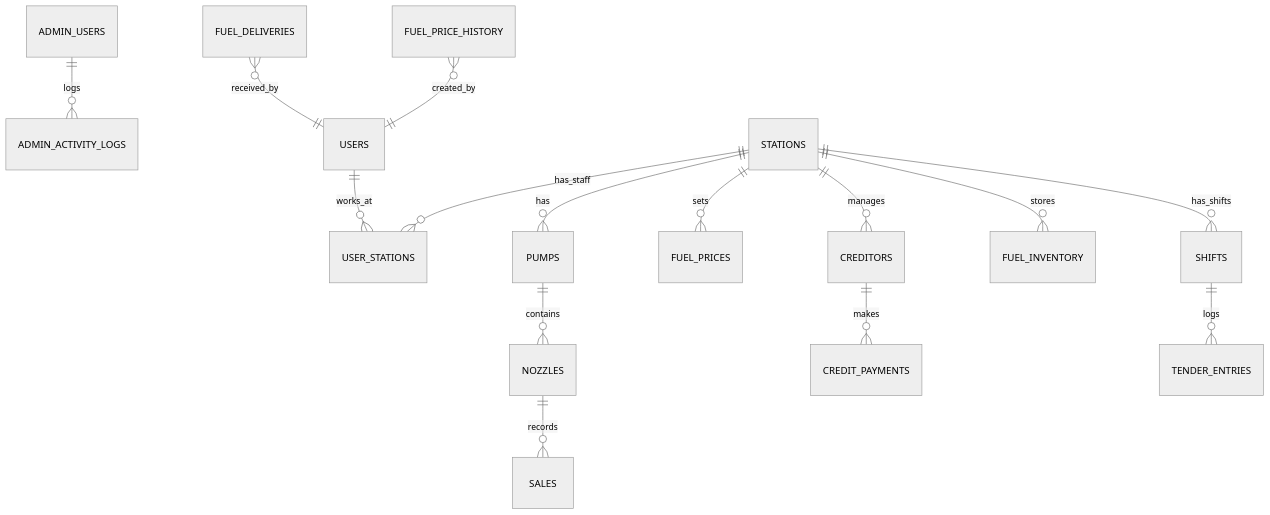
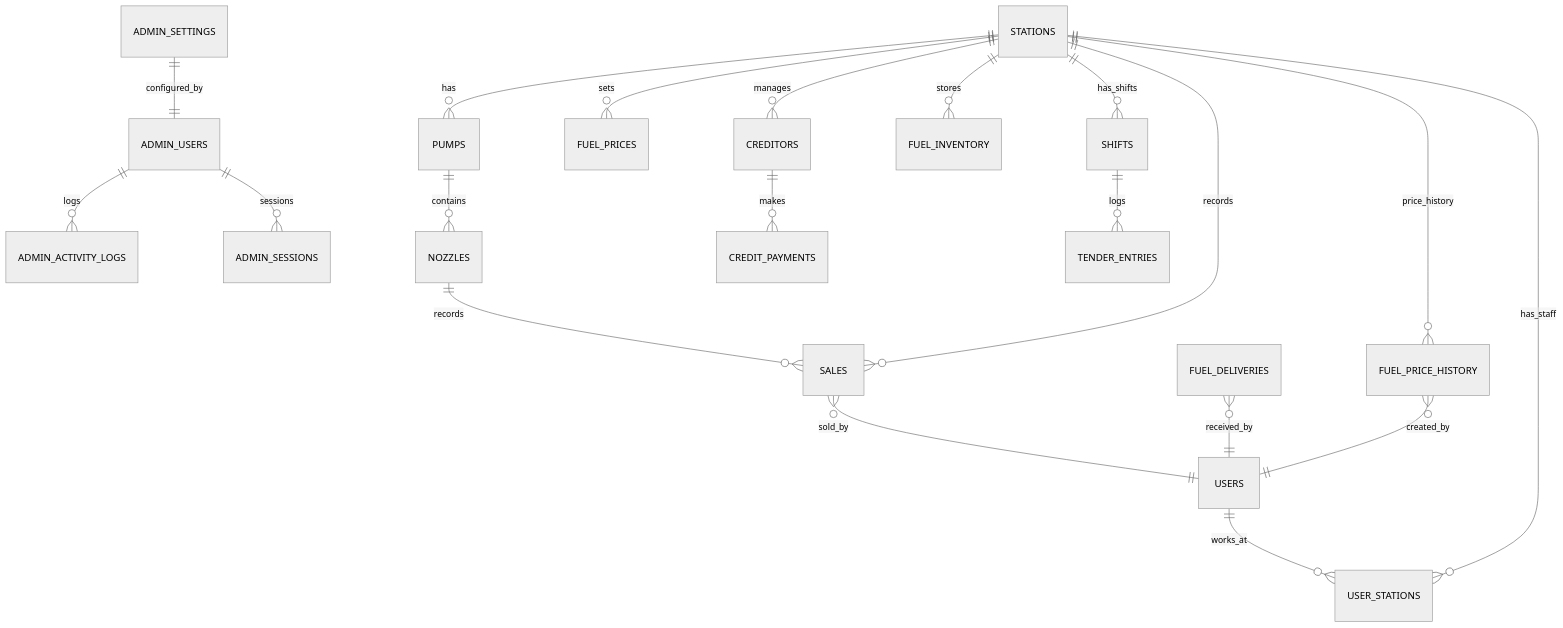
Before and after one commit to iamramakanthreddyk/fuelsync-hub: the diagram in docs/ERD.md, drawn with Mermaid (neutral theme). The commit also changed 6 other files, not shown here.

Commit message:
docs: sync api guide and schema refs

````diff
--- a/docs/ERD.md
+++ b/docs/ERD.md
@@ -1,17 +1,22 @@
 ```mermaid
 erDiagram
     ADMIN_USERS ||--o{ ADMIN_ACTIVITY_LOGS : "logs"
+    ADMIN_USERS ||--o{ ADMIN_SESSIONS : "sessions"
+    ADMIN_SETTINGS ||--|| ADMIN_USERS : "configured_by"
     USERS ||--o{ USER_STATIONS : "works_at"
     STATIONS ||--o{ USER_STATIONS : "has_staff"
     STATIONS ||--o{ PUMPS : "has"
     PUMPS ||--o{ NOZZLES : "contains"
     NOZZLES ||--o{ SALES : "records"
+    STATIONS ||--o{ SALES : "records"
+    SALES }o--|| USERS : "sold_by"
     STATIONS ||--o{ FUEL_PRICES : "sets"
+    STATIONS ||--o{ FUEL_PRICE_HISTORY : "price_history"
     STATIONS ||--o{ CREDITORS : "manages"
     CREDITORS ||--o{ CREDIT_PAYMENTS : "makes"
     STATIONS ||--o{ FUEL_INVENTORY : "stores"
     STATIONS ||--o{ SHIFTS : "has_shifts"
     SHIFTS ||--o{ TENDER_ENTRIES : "logs"
     FUEL_DELIVERIES }o--|| USERS : "received_by"
     FUEL_PRICE_HISTORY }o--|| USERS : "created_by"
 ```
````
